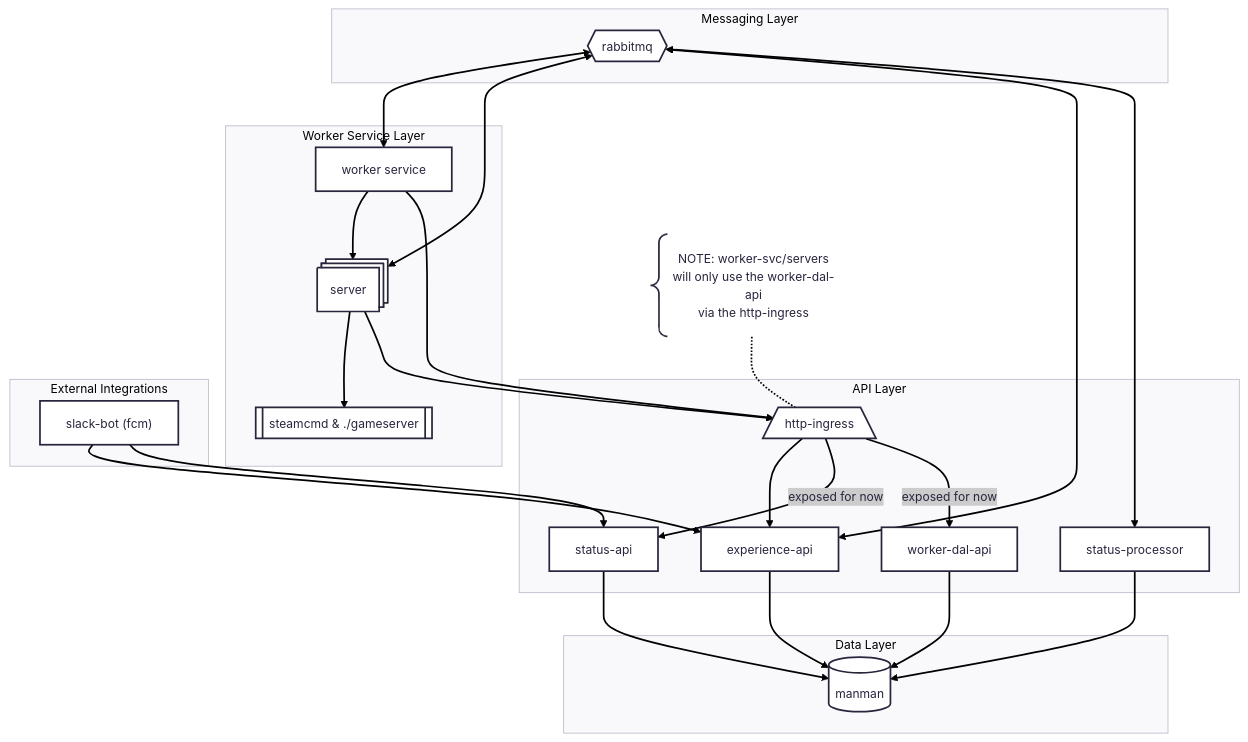
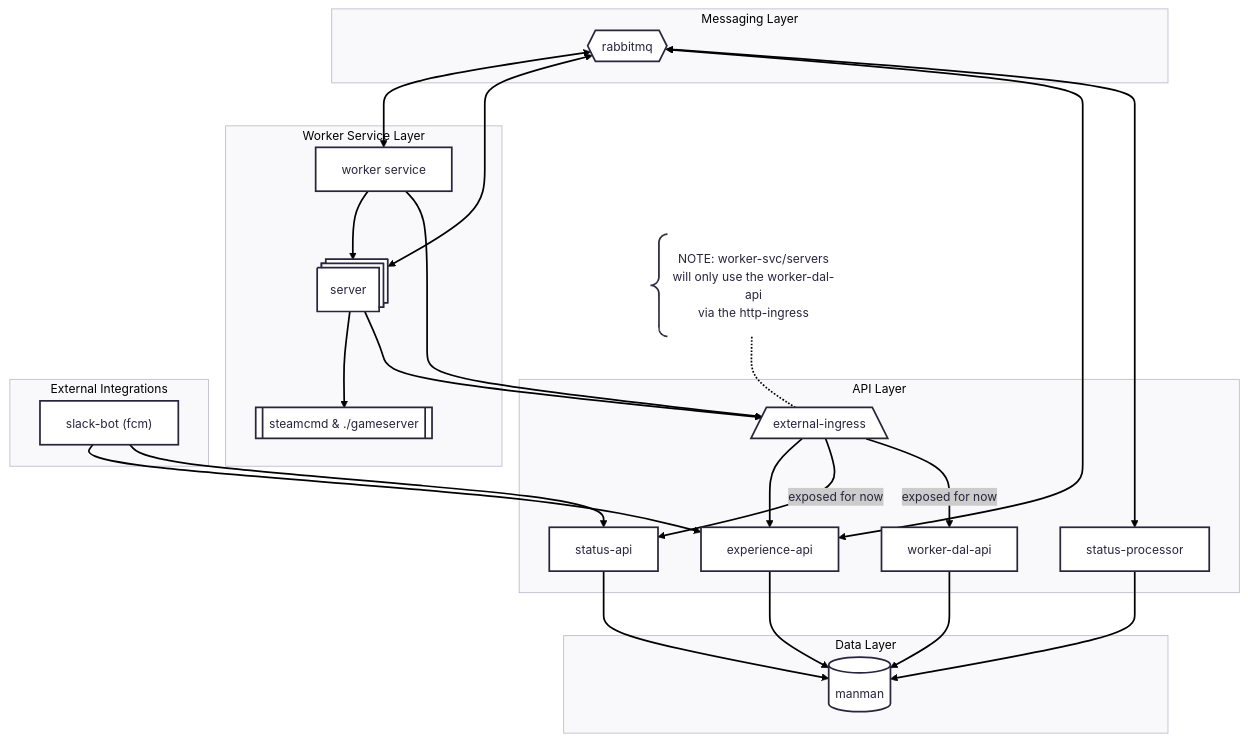
The diagram in README.md (whale-net/manman), drawn with Mermaid before and after one commit.

Commit message:
updates to README.md

````diff
--- a/README.md
+++ b/README.md
@@ -19,64 +19,64 @@
 ```mermaid
 ---
 config:
   theme: redux
 ---
 graph TD
     subgraph "Worker Service Layer"
         worker-svc["worker service"]
         servers["server"]@{ shape: procs}
         server-subproc["steamcmd & ./gameserver"]@{ shape: subproc }
     end
 
     subgraph "API Layer"
-        http-ingress[/"http-ingress"\]
+        http-ingress[/"external-ingress"\]
         experience-api["experience-api"]
         worker-dal-api["worker-dal-api"]
         status-api["status-api"]
         status-processor["status-processor"]@{ shape: proc }
     end
 
     subgraph "Data Layer"
         database["manman"]@{ shape: db}
     end
 
     subgraph "Messaging Layer"
         rmq{{"rabbitmq"}}
     end
 
     subgraph "External Integrations"
         slack-bot["slack-bot (fcm)"]
     end
 
     %% Core Worker Flow
     worker-svc --> servers --> server-subproc
 
     %% HTTP Ingress and API interactions
     http-ingress --> experience-api
     http-ingress -- exposed for now --> status-api
     http-ingress -- exposed for now --> worker-dal-api
 
     %% Service to Ingress Communication
     worker-svc --> http-ingress
     servers --> http-ingress
 
     %% API to Database Communication
     experience-api --> database
     worker-dal-api --> database
     status-processor --> database
     status-api --> database
 
     %% RabbitMQ Interactions
     rmq <--> worker-svc
     rmq <--> servers
     rmq <--> experience-api
     rmq <--> status-processor
 
     %% Slack Bot Interactions
     slack-bot --> experience-api
     slack-bot --> status-api
 
     %% Comment
     http-ingress-comment["NOTE: worker-svc/servers<br>will only use the worker-dal-api<br>via the http-ingress"]@{ shape: comment }
     http-ingress-comment -.- http-ingress
 ```
````
